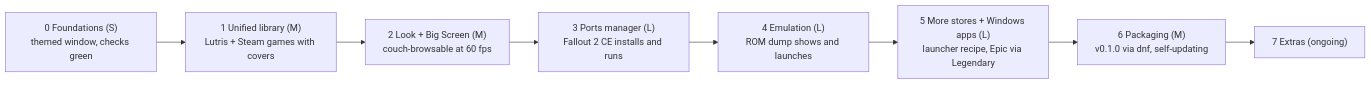
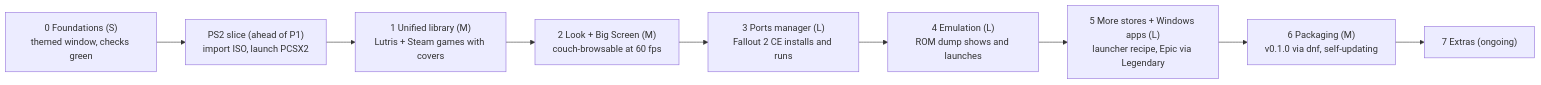
Before and after one commit to artsiom-tsaryonau/Marquee: the second of 2 diagrams in docs/ROADMAP.md, drawn with Mermaid. The commit also changed other lines of this file and 57 other files, not shown here.

Commit message:
Add the offline PS2 library: ISO import, PCSX2 discovery, and a Tauri desktop that no longer falls back to sample data.

````diff
--- a/docs/ROADMAP.md
+++ b/docs/ROADMAP.md
@@ -428,10 +434,11 @@
 ```mermaid
 flowchart LR
-  P0["0 Foundations (S)<br/>themed window, checks green"] --> P1["1 Unified library (M)<br/>Lutris + Steam games with covers"]
+  P0["0 Foundations (S)<br/>themed window, checks green"] --> PS2["PS2 slice (ahead of P1)<br/>import ISO, launch PCSX2"]
+  PS2 --> P1["1 Unified library (M)<br/>Lutris + Steam games with covers"]
   P1 --> P2["2 Look + Big Screen (M)<br/>couch-browsable at 60 fps"]
   P2 --> P3["3 Ports manager (L)<br/>Fallout 2 CE installs and runs"]
   P3 --> P4["4 Emulation (L)<br/>ROM dump shows and launches"]
   P4 --> P5["5 More stores + Windows apps (L)<br/>launcher recipe, Epic via Legendary"]
   P5 --> P6["6 Packaging (M)<br/>v0.1.0 via dnf, self-updating"]
   P6 --> P7["7 Extras (ongoing)"]
 ```
````
